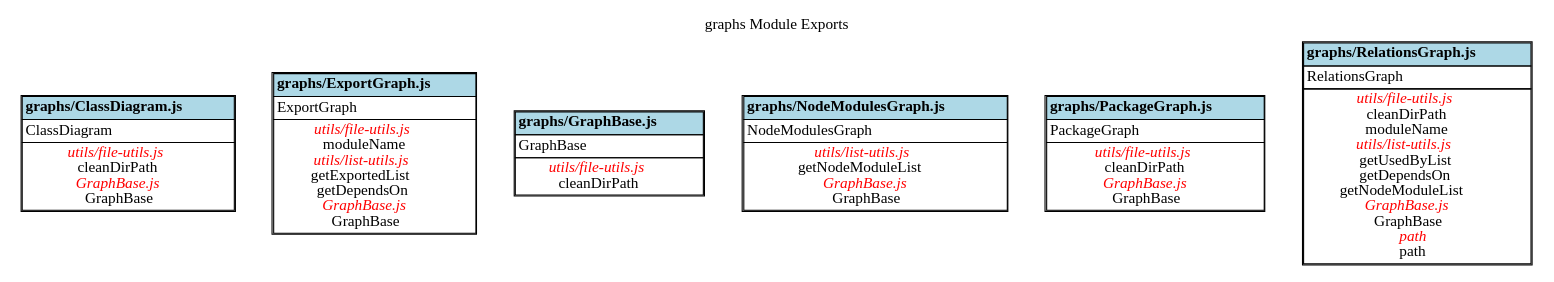
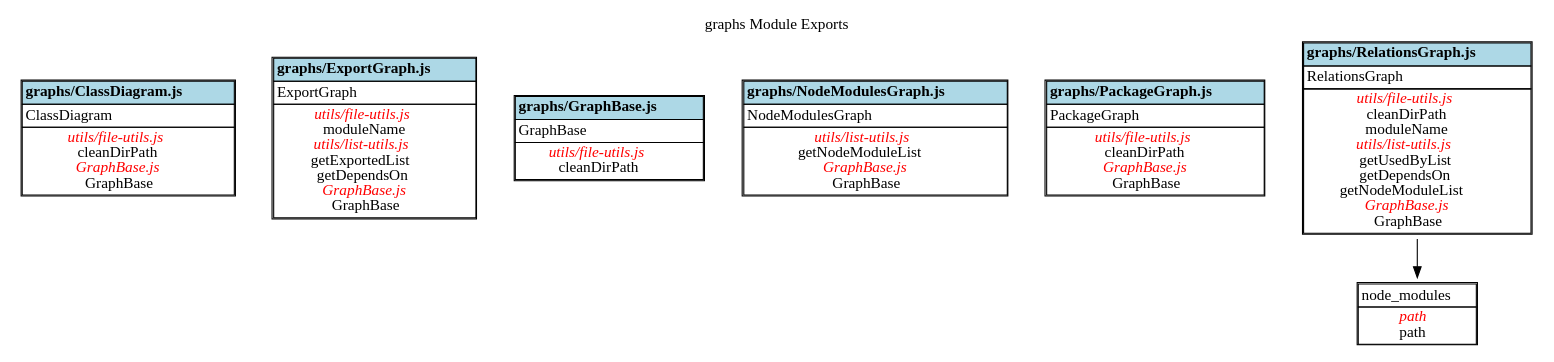
The diagram in docs/graphs/ExportGraph.dot (fleebe/dep-graph), drawn with Graphviz before and after one commit. The commit also changed 21 other files, not shown here.

Commit message:
IMplemented node_moduels in Modeul Export and made sure the code completes the generation of SVG files before it tries to create diagrams.html

```diff
--- a/docs/graphs/ExportGraph.dot
+++ b/docs/graphs/ExportGraph.dot
@@ -1,89 +1,89 @@
 digraph {label="graphs Module Exports";
 labelloc="t";
-"graphs/ClassDiagram.js" [shape=none, label=<<TABLE cellspacing="0" cellborder="1">
+"graphs/ClassDiagram.js" [shape = none, label =<<TABLE cellspacing="0" cellborder="1" align="left">
 <TR><TD bgcolor="lightblue" align="center"><B>graphs/ClassDiagram.js</B></TD></TR>
 <TR><TD align="left">
 ClassDiagram<BR/>
 </TD></TR>
 <TR><TD align="center">
 <font color="red"><I>utils/file-utils.js</I></font><BR/>
 cleanDirPath<BR/>
 <font color="red"><I>GraphBase.js</I></font><BR/>
 GraphBase<BR/>
 </TD></TR>
 </TABLE>>];
-
-"graphs/ExportGraph.js" [shape=none, label=<<TABLE cellspacing="0" cellborder="1">
+"graphs/ExportGraph.js" [shape = none, label =<<TABLE cellspacing="0" cellborder="1" align="left">
 <TR><TD bgcolor="lightblue" align="center"><B>graphs/ExportGraph.js</B></TD></TR>
 <TR><TD align="left">
 ExportGraph<BR/>
 </TD></TR>
 <TR><TD align="center">
 <font color="red"><I>utils/file-utils.js</I></font><BR/>
 moduleName<BR/>
 <font color="red"><I>utils/list-utils.js</I></font><BR/>
 getExportedList<BR/>
 getDependsOn<BR/>
 <font color="red"><I>GraphBase.js</I></font><BR/>
 GraphBase<BR/>
 </TD></TR>
 </TABLE>>];
-
-"graphs/GraphBase.js" [shape=none, label=<<TABLE cellspacing="0" cellborder="1">
+"graphs/GraphBase.js" [shape = none, label =<<TABLE cellspacing="0" cellborder="1" align="left">
 <TR><TD bgcolor="lightblue" align="center"><B>graphs/GraphBase.js</B></TD></TR>
 <TR><TD align="left">
 GraphBase<BR/>
 </TD></TR>
 <TR><TD align="center">
 <font color="red"><I>utils/file-utils.js</I></font><BR/>
 cleanDirPath<BR/>
 </TD></TR>
 </TABLE>>];
-
-"graphs/NodeModulesGraph.js" [shape=none, label=<<TABLE cellspacing="0" cellborder="1">
+"graphs/NodeModulesGraph.js" [shape = none, label =<<TABLE cellspacing="0" cellborder="1" align="left">
 <TR><TD bgcolor="lightblue" align="center"><B>graphs/NodeModulesGraph.js</B></TD></TR>
 <TR><TD align="left">
 NodeModulesGraph<BR/>
 </TD></TR>
 <TR><TD align="center">
 <font color="red"><I>utils/list-utils.js</I></font><BR/>
 getNodeModuleList<BR/>
 <font color="red"><I>GraphBase.js</I></font><BR/>
 GraphBase<BR/>
 </TD></TR>
 </TABLE>>];
-
-"graphs/PackageGraph.js" [shape=none, label=<<TABLE cellspacing="0" cellborder="1">
+"graphs/PackageGraph.js" [shape = none, label =<<TABLE cellspacing="0" cellborder="1" align="left">
 <TR><TD bgcolor="lightblue" align="center"><B>graphs/PackageGraph.js</B></TD></TR>
 <TR><TD align="left">
 PackageGraph<BR/>
 </TD></TR>
 <TR><TD align="center">
 <font color="red"><I>utils/file-utils.js</I></font><BR/>
 cleanDirPath<BR/>
 <font color="red"><I>GraphBase.js</I></font><BR/>
 GraphBase<BR/>
 </TD></TR>
 </TABLE>>];
-
-"graphs/RelationsGraph.js" [shape=none, label=<<TABLE cellspacing="0" cellborder="1">
+"graphs/RelationsGraph.js" [shape = none, label =<<TABLE cellspacing="0" cellborder="1" align="left">
 <TR><TD bgcolor="lightblue" align="center"><B>graphs/RelationsGraph.js</B></TD></TR>
 <TR><TD align="left">
 RelationsGraph<BR/>
 </TD></TR>
 <TR><TD align="center">
 <font color="red"><I>utils/file-utils.js</I></font><BR/>
 cleanDirPath<BR/>
 moduleName<BR/>
 <font color="red"><I>utils/list-utils.js</I></font><BR/>
 getUsedByList<BR/>
 getDependsOn<BR/>
 getNodeModuleList<BR/>
 <font color="red"><I>GraphBase.js</I></font><BR/>
 GraphBase<BR/>
+</TD></TR>
+</TABLE>>];
+"graphs/RelationsGraph.js-node_modules" [shape = none, label =<<TABLE cellspacing="0" cellborder="1" align="left">
+<TR><TD>node_modules</TD></TR>
+<TR><TD align="center">
 <font color="red"><I>path</I></font><BR/>
 path<BR/>
 </TD></TR>
 </TABLE>>];
-
+"graphs/RelationsGraph.js"->"graphs/RelationsGraph.js-node_modules"
 }
```
